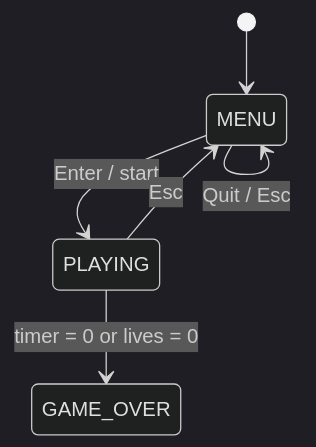
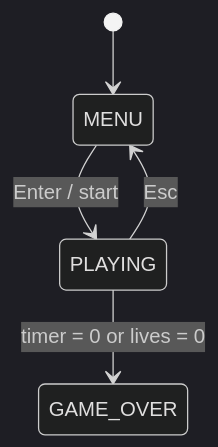
The second of 2 diagrams in README.md (PSLSbb/gamegame), drawn with Mermaid (dark theme) before and after one commit. The commit also changed other lines of this file and 3 other files, not shown here.

````diff
--- a/README.md
+++ b/README.md
@@ -217,8 +70,7 @@
 ```mermaid
 stateDiagram-v2
     [*] --> MENU
     MENU --> PLAYING : Enter / start
-    MENU --> MENU : Quit / Esc
     PLAYING --> GAME_OVER : timer = 0 or lives = 0
     PLAYING --> MENU : Esc
 ```
````
